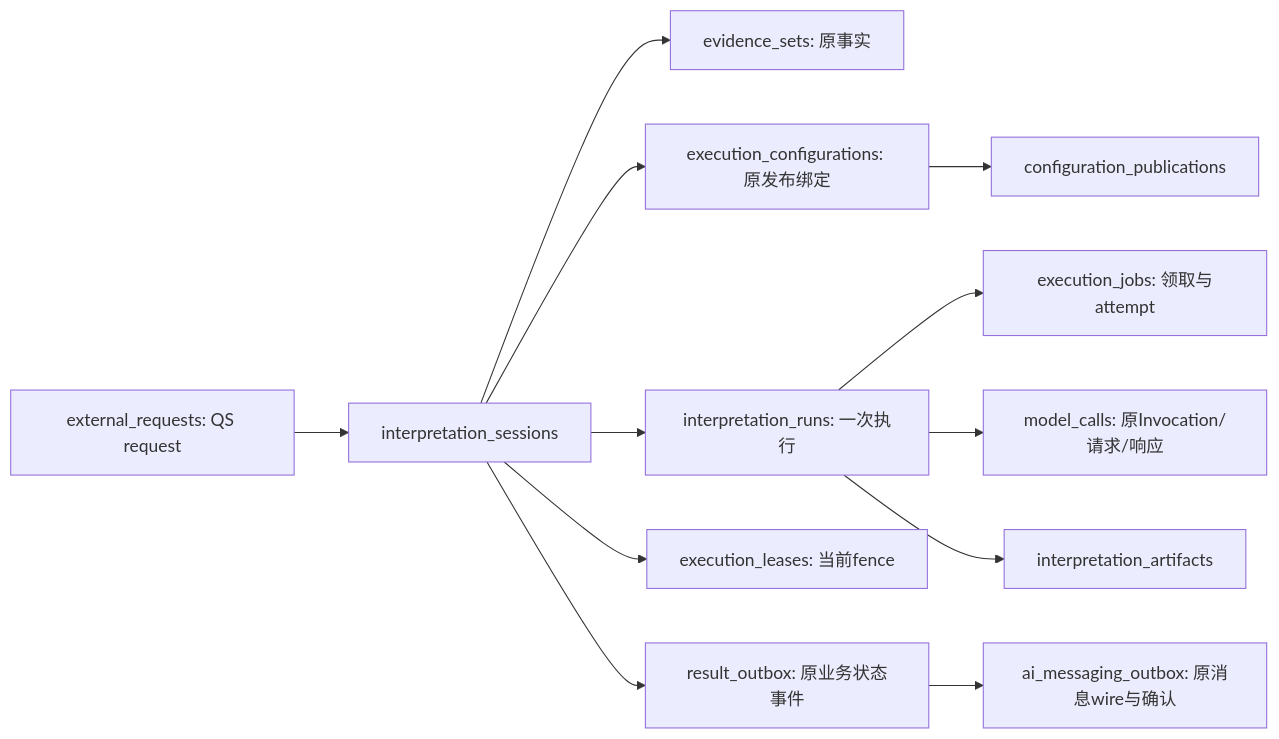
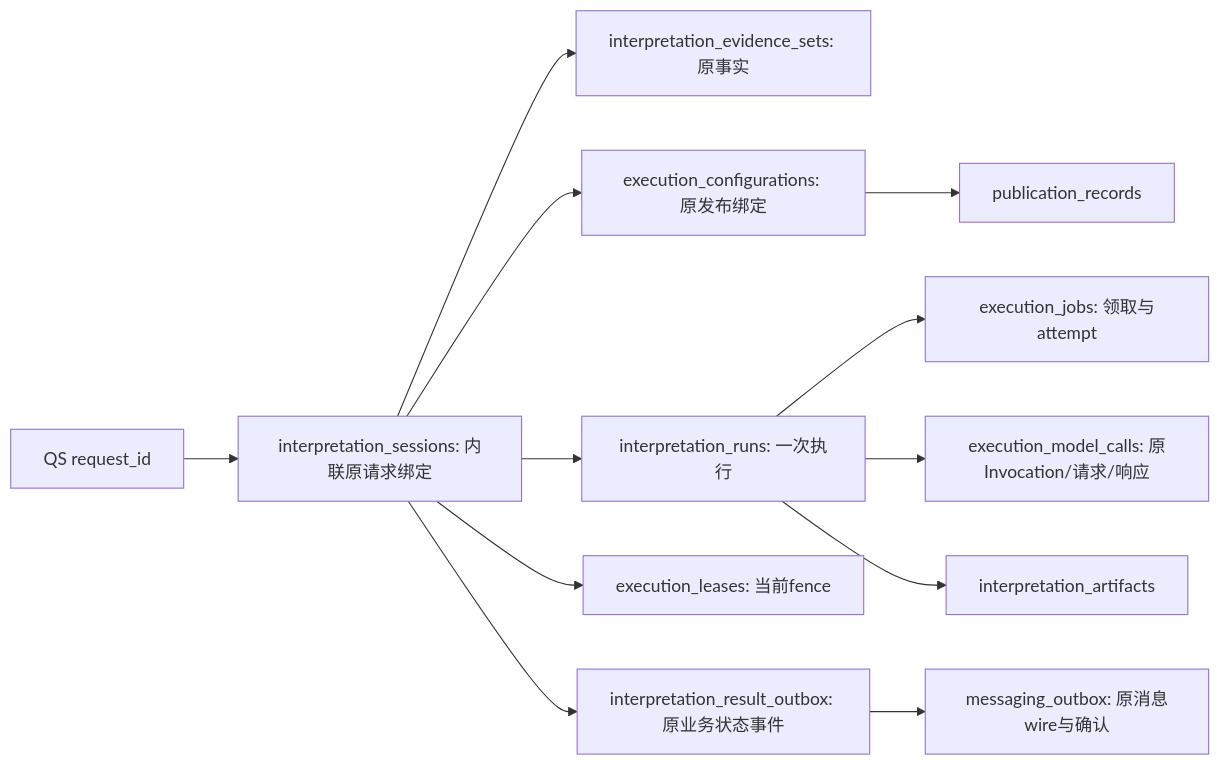
The diagram in docs/03-基础设施/persistence/README.md (FangcunMount/qs-ai), drawn with Mermaid before and after one commit. The commit also changed other lines of this file and 170 other files, not shown here.

````diff
--- a/docs/03-基础设施/persistence/README.md
+++ b/docs/03-基础设施/persistence/README.md
@@ -9,14 +9,14 @@
 ```mermaid
 flowchart LR
-  REQ[external_requests: QS request] --> S[interpretation_sessions]
-  S --> E[evidence_sets: 原事实]
+  REQ[QS request_id] --> S[interpretation_sessions: 内联原请求绑定]
+  S --> E[interpretation_evidence_sets: 原事实]
   S --> B[execution_configurations: 原发布绑定]
-  B --> P[configuration_publications]
+  B --> P[publication_records]
   S --> R[interpretation_runs: 一次执行]
   R --> J[execution_jobs: 领取与attempt]
   S --> L[execution_leases: 当前fence]
-  R --> C[model_calls: 原Invocation/请求/响应]
+  R --> C[execution_model_calls: 原Invocation/请求/响应]
   R --> A[interpretation_artifacts]
-  S --> O[result_outbox: 原业务状态事件]
-  O --> MQ[ai_messaging_outbox: 原消息wire与确认]
+  S --> O[interpretation_result_outbox: 原业务状态事件]
+  O --> MQ[messaging_outbox: 原消息wire与确认]
 ```
````
